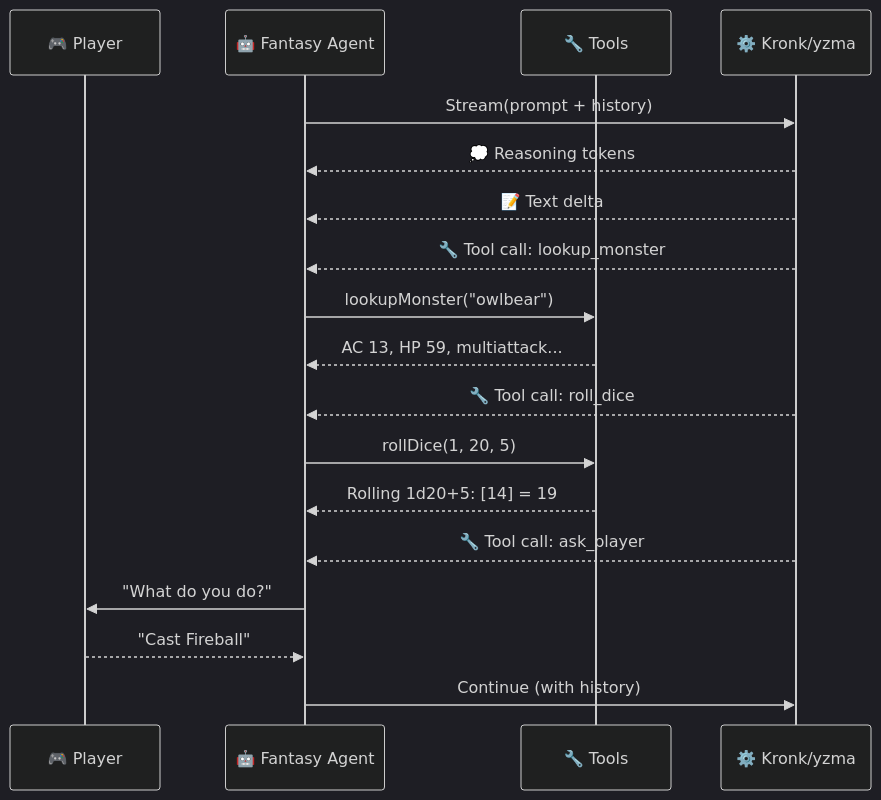
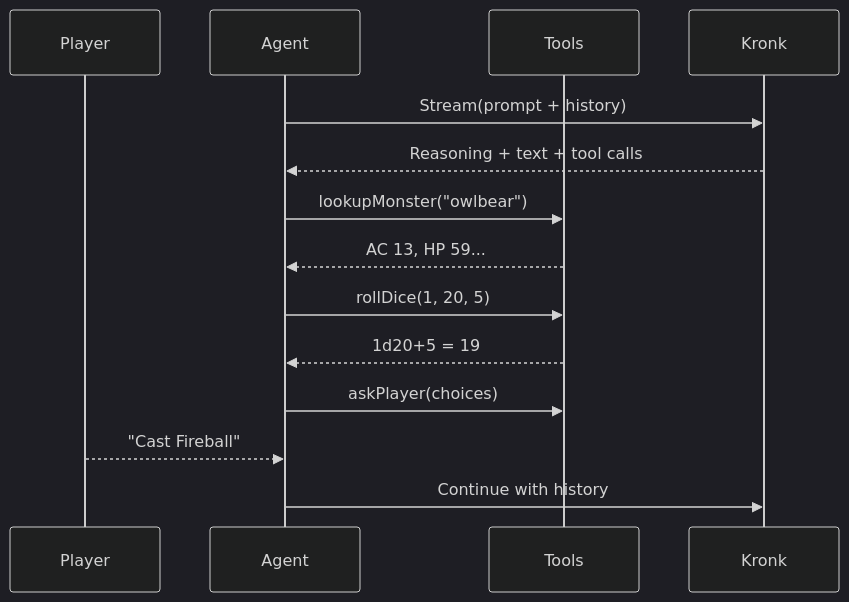
Before and after one commit to what-the-func/slides: the second of 2 diagrams in decks/dnd-agent/slides.md, drawn with Mermaid (dark theme). The commit also changed other lines of this file and 65 other files, not shown here.

````diff
--- a/decks/dnd-agent/slides.md
+++ b/decks/dnd-agent/slides.md
@@ -634,21 +359,17 @@
 ```mermaid {theme: 'dark'}
 sequenceDiagram
-    participant P as 🎮 Player
-    participant A as 🤖 Fantasy Agent
-    participant T as 🔧 Tools
-    participant K as ⚙️ Kronk/yzma
+    participant P as Player
+    participant A as Agent
+    participant T as Tools
+    participant K as Kronk
 
     A->>K: Stream(prompt + history)
-    K-->>A: 💭 Reasoning tokens
-    K-->>A: 📝 Text delta
-    K-->>A: 🔧 Tool call: lookup_monster
+    K-->>A: Reasoning + text + tool calls
     A->>T: lookupMonster("owlbear")
-    T-->>A: AC 13, HP 59, multiattack...
-    K-->>A: 🔧 Tool call: roll_dice
+    T-->>A: AC 13, HP 59...
     A->>T: rollDice(1, 20, 5)
-    T-->>A: Rolling 1d20+5: [14] = 19
-    K-->>A: 🔧 Tool call: ask_player
-    A->>P: "What do you do?"
+    T-->>A: 1d20+5 = 19
+    A->>T: askPlayer(choices)
     P-->>A: "Cast Fireball"
-    A->>K: Continue (with history)
+    A->>K: Continue with history
 ```
````
